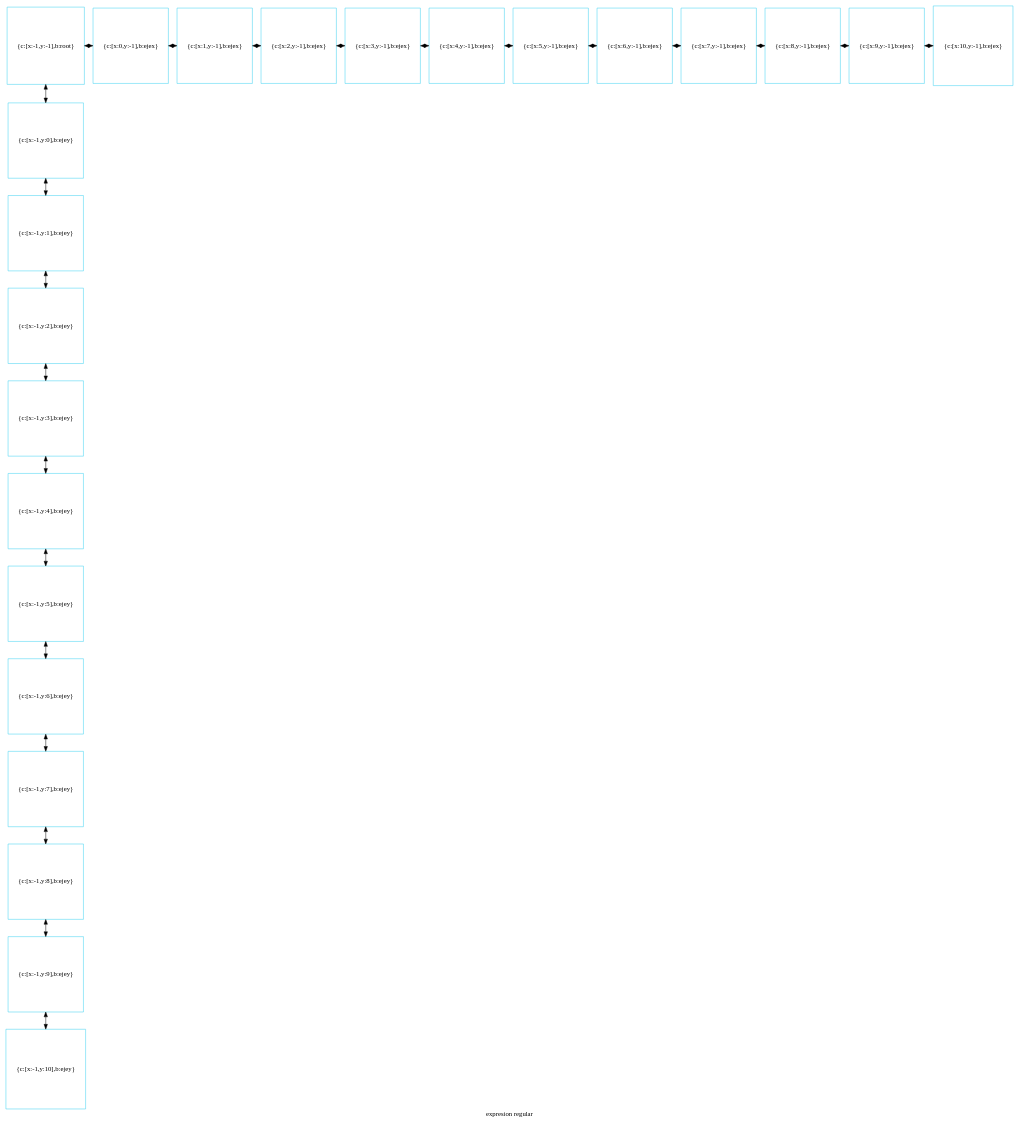
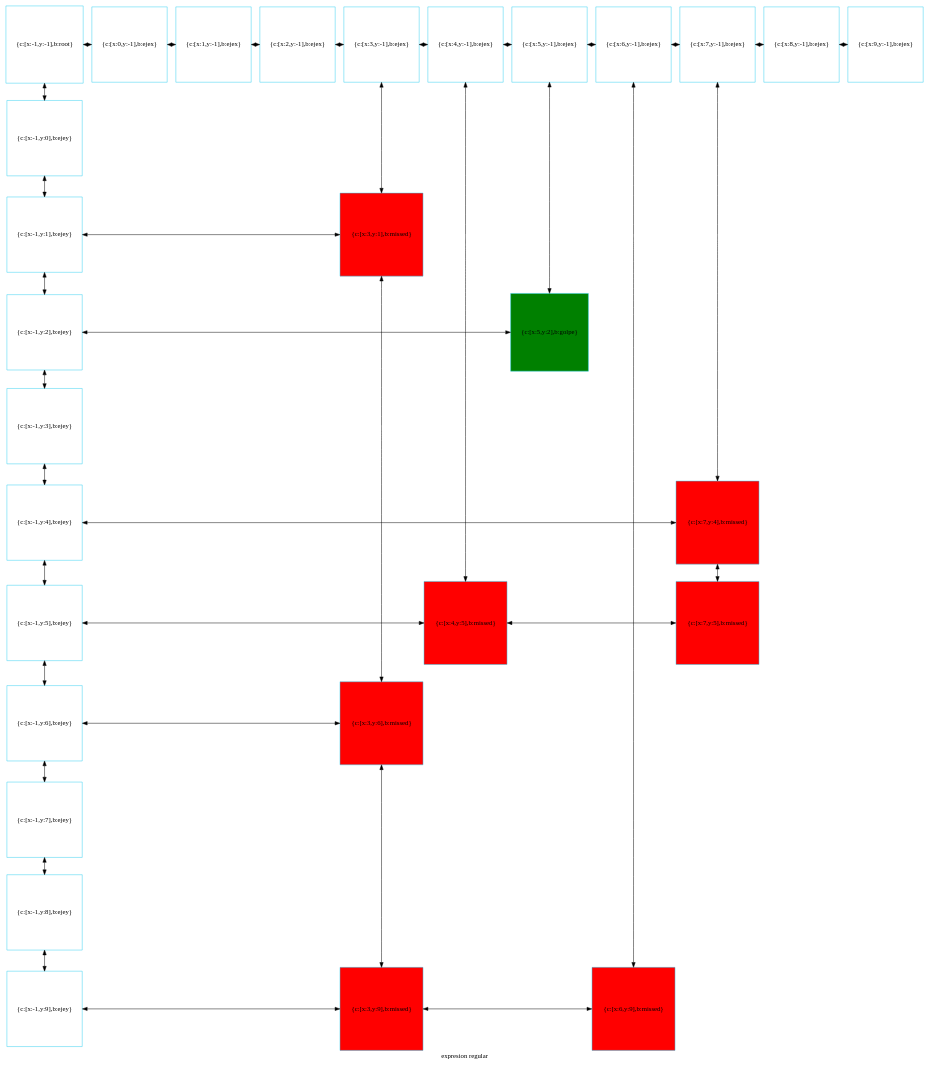
One commit to betebetoven/EDDS2F2 changed the diagram in disp_compu.dot. Above: the diagram before and after it, drawn with Graphviz. The commit also changed 11 other files, not shown here.

```diff
--- a/disp_compu.dot
+++ b/disp_compu.dot
@@ -1,66 +1,85 @@
 digraph G
 {label="expresion regular"
         node[shape = square]
         node[style = filled]
         node[fillcolor = "#EEEEE"]
         node[color = "#EEEEE"]
         node[color = "#31CEF0"]
 
-781211118608[label="{c:[x:-1,y:-1],b:root}",fillcolor = "white"]
-781211118752[label="{c:[x:0,y:-1],b:ejex}",fillcolor = "white"]
-781211118896[label="{c:[x:1,y:-1],b:ejex}",fillcolor = "white"]
-781211119040[label="{c:[x:2,y:-1],b:ejex}",fillcolor = "white"]
-781211119184[label="{c:[x:3,y:-1],b:ejex}",fillcolor = "white"]
-781211119328[label="{c:[x:4,y:-1],b:ejex}",fillcolor = "white"]
-781211119472[label="{c:[x:5,y:-1],b:ejex}",fillcolor = "white"]
-781211131968[label="{c:[x:6,y:-1],b:ejex}",fillcolor = "white"]
-781211132112[label="{c:[x:7,y:-1],b:ejex}",fillcolor = "white"]
-781211132256[label="{c:[x:8,y:-1],b:ejex}",fillcolor = "white"]
-781211132400[label="{c:[x:9,y:-1],b:ejex}",fillcolor = "white"]
-781211132544[label="{c:[x:10,y:-1],b:ejex}",fillcolor = "white"]
-781211132688[label="{c:[x:-1,y:0],b:ejey}",fillcolor = "white"]
-781211132832[label="{c:[x:-1,y:1],b:ejey}",fillcolor = "white"]
-781211132976[label="{c:[x:-1,y:2],b:ejey}",fillcolor = "white"]
-781211133120[label="{c:[x:-1,y:3],b:ejey}",fillcolor = "white"]
-781211133264[label="{c:[x:-1,y:4],b:ejey}",fillcolor = "white"]
-781211133408[label="{c:[x:-1,y:5],b:ejey}",fillcolor = "white"]
-781211133552[label="{c:[x:-1,y:6],b:ejey}",fillcolor = "white"]
-781211133696[label="{c:[x:-1,y:7],b:ejey}",fillcolor = "white"]
-781211133840[label="{c:[x:-1,y:8],b:ejey}",fillcolor = "white"]
-781211133984[label="{c:[x:-1,y:9],b:ejey}",fillcolor = "white"]
-781211134128[label="{c:[x:-1,y:10],b:ejey}",fillcolor = "white"]
-781211118608->781211132688[dir = both];
-781211132688->781211132832[dir = both];
-781211132832->781211132976[dir = both];
-781211132976->781211133120[dir = both];
-781211133120->781211133264[dir = both];
-781211133264->781211133408[dir = both];
-781211133408->781211133552[dir = both];
-781211133552->781211133696[dir = both];
-781211133696->781211133840[dir = both];
-781211133840->781211133984[dir = both];
-781211133984->781211134128[dir = both];
-781211118608->781211118752[dir = both];
-781211118752->781211118896[dir = both];
-781211118896->781211119040[dir = both];
-781211119040->781211119184[dir = both];
-781211119184->781211119328[dir = both];
-781211119328->781211119472[dir = both];
-781211119472->781211131968[dir = both];
-781211131968->781211132112[dir = both];
-781211132112->781211132256[dir = both];
-781211132256->781211132400[dir = both];
-781211132400->781211132544[dir = both];
- {rank=same; 781211118608;781211118752;781211118896;781211119040;781211119184;781211119328;781211119472;781211131968;781211132112;781211132256;781211132400;781211132544;}
- {rank=same; 781211132688;}
- {rank=same; 781211132832;}
- {rank=same; 781211132976;}
- {rank=same; 781211133120;}
- {rank=same; 781211133264;}
- {rank=same; 781211133408;}
- {rank=same; 781211133552;}
- {rank=same; 781211133696;}
- {rank=same; 781211133840;}
- {rank=same; 781211133984;}
- {rank=same; 781211134128;}
+500380253296[label="{c:[x:-1,y:-1],b:root}",fillcolor = "white"]
+500380253440[label="{c:[x:0,y:-1],b:ejex}",fillcolor = "white"]
+500380253584[label="{c:[x:1,y:-1],b:ejex}",fillcolor = "white"]
+500380253728[label="{c:[x:2,y:-1],b:ejex}",fillcolor = "white"]
+500380253872[label="{c:[x:3,y:-1],b:ejex}",fillcolor = "white"]
+500380254016[label="{c:[x:4,y:-1],b:ejex}",fillcolor = "white"]
+500380254160[label="{c:[x:5,y:-1],b:ejex}",fillcolor = "white"]
+500380258464[label="{c:[x:6,y:-1],b:ejex}",fillcolor = "white"]
+500380258608[label="{c:[x:7,y:-1],b:ejex}",fillcolor = "white"]
+500380258752[label="{c:[x:8,y:-1],b:ejex}",fillcolor = "white"]
+500380258896[label="{c:[x:9,y:-1],b:ejex}",fillcolor = "white"]
+500380259040[label="{c:[x:-1,y:0],b:ejey}",fillcolor = "white"]
+500380259184[label="{c:[x:-1,y:1],b:ejey}",fillcolor = "white"]
+500380393776[label="{c:[x:3,y:1],b:missed}",fillcolor = "red"]
+500380259328[label="{c:[x:-1,y:2],b:ejey}",fillcolor = "white"]
+500380272576[label="{c:[x:5,y:2],b:golpe}",fillcolor = "green"]
+500380259472[label="{c:[x:-1,y:3],b:ejey}",fillcolor = "white"]
+500380259616[label="{c:[x:-1,y:4],b:ejey}",fillcolor = "white"]
+500380376656[label="{c:[x:7,y:4],b:missed}",fillcolor = "red"]
+500380259760[label="{c:[x:-1,y:5],b:ejey}",fillcolor = "white"]
+500380394208[label="{c:[x:4,y:5],b:missed}",fillcolor = "red"]
+500380394064[label="{c:[x:7,y:5],b:missed}",fillcolor = "red"]
+500380259904[label="{c:[x:-1,y:6],b:ejey}",fillcolor = "white"]
+500380376896[label="{c:[x:3,y:6],b:missed}",fillcolor = "red"]
+500380260048[label="{c:[x:-1,y:7],b:ejey}",fillcolor = "white"]
+500380260192[label="{c:[x:-1,y:8],b:ejey}",fillcolor = "white"]
+500380260336[label="{c:[x:-1,y:9],b:ejey}",fillcolor = "white"]
+500380377040[label="{c:[x:3,y:9],b:missed}",fillcolor = "red"]
+500380376416[label="{c:[x:6,y:9],b:missed}",fillcolor = "red"]
+500380253296->500380259040[dir = both];
+500380259040->500380259184[dir = both];
+500380259184->500380259328[dir = both];
+500380259328->500380259472[dir = both];
+500380259472->500380259616[dir = both];
+500380259616->500380259760[dir = both];
+500380259760->500380259904[dir = both];
+500380259904->500380260048[dir = both];
+500380260048->500380260192[dir = both];
+500380260192->500380260336[dir = both];
+500380253872->500380393776[dir = both];
+500380393776->500380376896[dir = both];
+500380376896->500380377040[dir = both];
+500380254016->500380394208[dir = both];
+500380254160->500380272576[dir = both];
+500380258464->500380376416[dir = both];
+500380258608->500380376656[dir = both];
+500380376656->500380394064[dir = both];
+500380253296->500380253440[dir = both];
+500380253440->500380253584[dir = both];
+500380253584->500380253728[dir = both];
+500380253728->500380253872[dir = both];
+500380253872->500380254016[dir = both];
+500380254016->500380254160[dir = both];
+500380254160->500380258464[dir = both];
+500380258464->500380258608[dir = both];
+500380258608->500380258752[dir = both];
+500380258752->500380258896[dir = both];
+500380259184->500380393776[constraint=false,dir = both];
+500380259328->500380272576[constraint=false,dir = both];
+500380259616->500380376656[constraint=false,dir = both];
+500380259760->500380394208[constraint=false,dir = both];
+500380394208->500380394064[constraint=false,dir = both];
+500380259904->500380376896[constraint=false,dir = both];
+500380260336->500380377040[constraint=false,dir = both];
+500380377040->500380376416[constraint=false,dir = both];
+ {rank=same; 500380253296;500380253440;500380253584;500380253728;500380253872;500380254016;500380254160;500380258464;500380258608;500380258752;500380258896;}
+ {rank=same; 500380259040;}
+ {rank=same; 500380259184;500380393776;}
+ {rank=same; 500380259328;500380272576;}
+ {rank=same; 500380259472;}
+ {rank=same; 500380259616;500380376656;}
+ {rank=same; 500380259760;500380394208;500380394064;}
+ {rank=same; 500380259904;500380376896;}
+ {rank=same; 500380260048;}
+ {rank=same; 500380260192;}
+ {rank=same; 500380260336;500380377040;500380376416;}
 }
```
